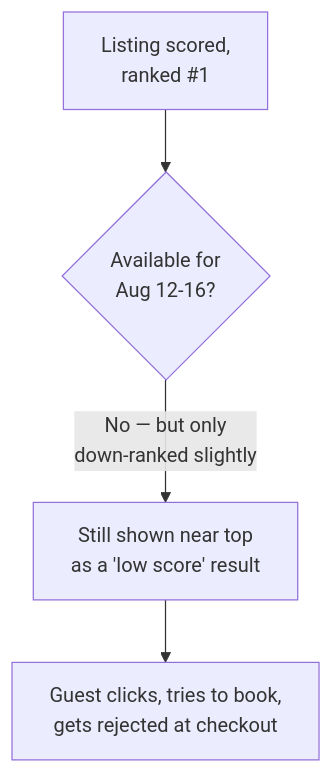
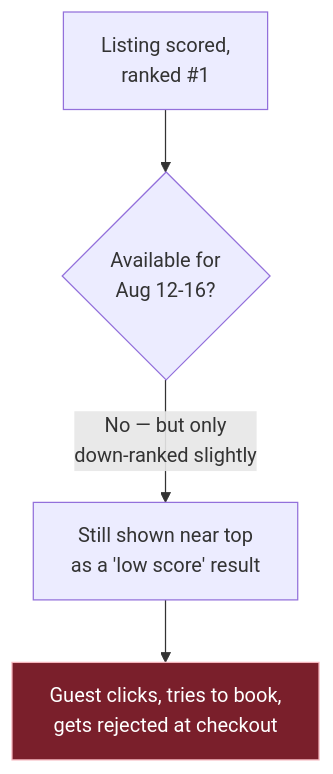
The third of 16 diagrams in system-design/HLD/0-course/52-Design-Airbnb-Search-Ranking-FAANG-Guide-story.md (riyaz-pasha/Learnings), drawn with Mermaid before and after one commit. The commit also changed other lines of this file and 1 other file, not shown here.

Commit message:
[REWRITE] Airbnb Search Ranking story guide: simplify prose, add structure, fix diagrams

````diff
--- a/system-design/HLD/0-course/52-Design-Airbnb-Search-Ranking-FAANG-Guide-story.md
+++ b/system-design/HLD/0-course/52-Design-Airbnb-Search-Ranking-FAANG-Guide-story.md
@@ -62,6 +154,8 @@
 ```mermaid
 flowchart TD
-    A["Listing scored,\nranked #1"] --> B{"Available for\nAug 12-16?"}
-    B -->|"No — but only\ndown-ranked slightly"| C["Still shown near top\nas a 'low score' result"]
-    C --> D["Guest clicks, tries to book,\ngets rejected at checkout"]
+    A["Listing scored,<br/>ranked #1"] --> B{"Available for<br/>Aug 12-16?"}
+    B -->|"No — but only<br/>down-ranked slightly"| C["Still shown near top<br/>as a 'low score' result"]
+    C --> D["Guest clicks, tries to book,<br/>gets rejected at checkout"]
+
+    style D fill:#7a1f2b,stroke:#f5b5bd,color:#ffffff
 ```
````
